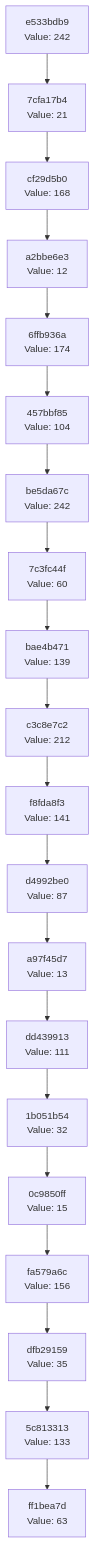
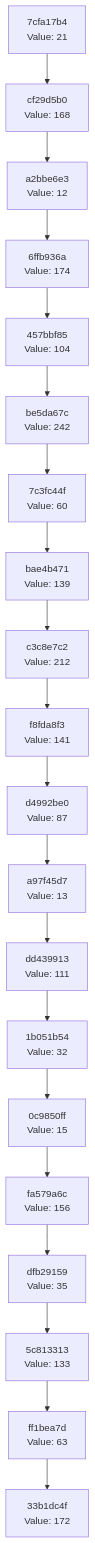
The diagram in docs/CHAIN_VISUALIZATION.md (Abhisheksinha1506/hash-chain-evolver), drawn with Mermaid before and after one commit. The commit also changed 3 other files, not shown here.

````diff
--- a/docs/CHAIN_VISUALIZATION.md
+++ b/docs/CHAIN_VISUALIZATION.md
@@ -3,42 +3,42 @@
 ```mermaid
 graph TD
-    C0["ff1bea7d<br/>Value: 63"]
-    C1["5c813313<br/>Value: 133"]
+    C0["33b1dc4f<br/>Value: 172"]
+    C1["ff1bea7d<br/>Value: 63"]
     C1 --> C0
-    C2["dfb29159<br/>Value: 35"]
+    C2["5c813313<br/>Value: 133"]
     C2 --> C1
-    C3["fa579a6c<br/>Value: 156"]
+    C3["dfb29159<br/>Value: 35"]
     C3 --> C2
-    C4["0c9850ff<br/>Value: 15"]
+    C4["fa579a6c<br/>Value: 156"]
     C4 --> C3
-    C5["1b051b54<br/>Value: 32"]
+    C5["0c9850ff<br/>Value: 15"]
     C5 --> C4
-    C6["dd439913<br/>Value: 111"]
+    C6["1b051b54<br/>Value: 32"]
     C6 --> C5
-    C7["a97f45d7<br/>Value: 13"]
+    C7["dd439913<br/>Value: 111"]
     C7 --> C6
-    C8["d4992be0<br/>Value: 87"]
+    C8["a97f45d7<br/>Value: 13"]
     C8 --> C7
-    C9["f8fda8f3<br/>Value: 141"]
+    C9["d4992be0<br/>Value: 87"]
     C9 --> C8
-    C10["c3c8e7c2<br/>Value: 212"]
+    C10["f8fda8f3<br/>Value: 141"]
     C10 --> C9
-    C11["bae4b471<br/>Value: 139"]
+    C11["c3c8e7c2<br/>Value: 212"]
     C11 --> C10
-    C12["7c3fc44f<br/>Value: 60"]
+    C12["bae4b471<br/>Value: 139"]
     C12 --> C11
-    C13["be5da67c<br/>Value: 242"]
+    C13["7c3fc44f<br/>Value: 60"]
     C13 --> C12
-    C14["457bbf85<br/>Value: 104"]
+    C14["be5da67c<br/>Value: 242"]
     C14 --> C13
-    C15["6ffb936a<br/>Value: 174"]
+    C15["457bbf85<br/>Value: 104"]
     C15 --> C14
-    C16["a2bbe6e3<br/>Value: 12"]
+    C16["6ffb936a<br/>Value: 174"]
     C16 --> C15
-    C17["cf29d5b0<br/>Value: 168"]
+    C17["a2bbe6e3<br/>Value: 12"]
     C17 --> C16
-    C18["7cfa17b4<br/>Value: 21"]
+    C18["cf29d5b0<br/>Value: 168"]
     C18 --> C17
-    C19["e533bdb9<br/>Value: 242"]
+    C19["7cfa17b4<br/>Value: 21"]
     C19 --> C18
 ```
````
